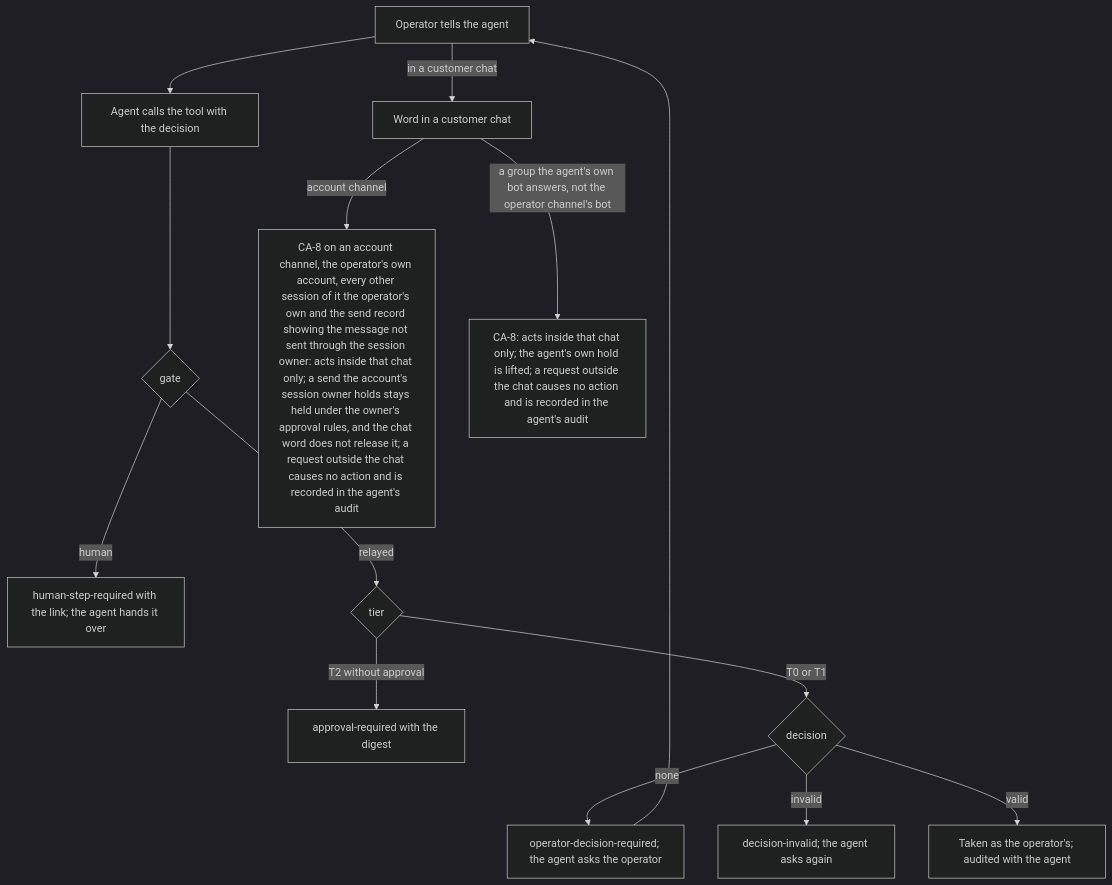
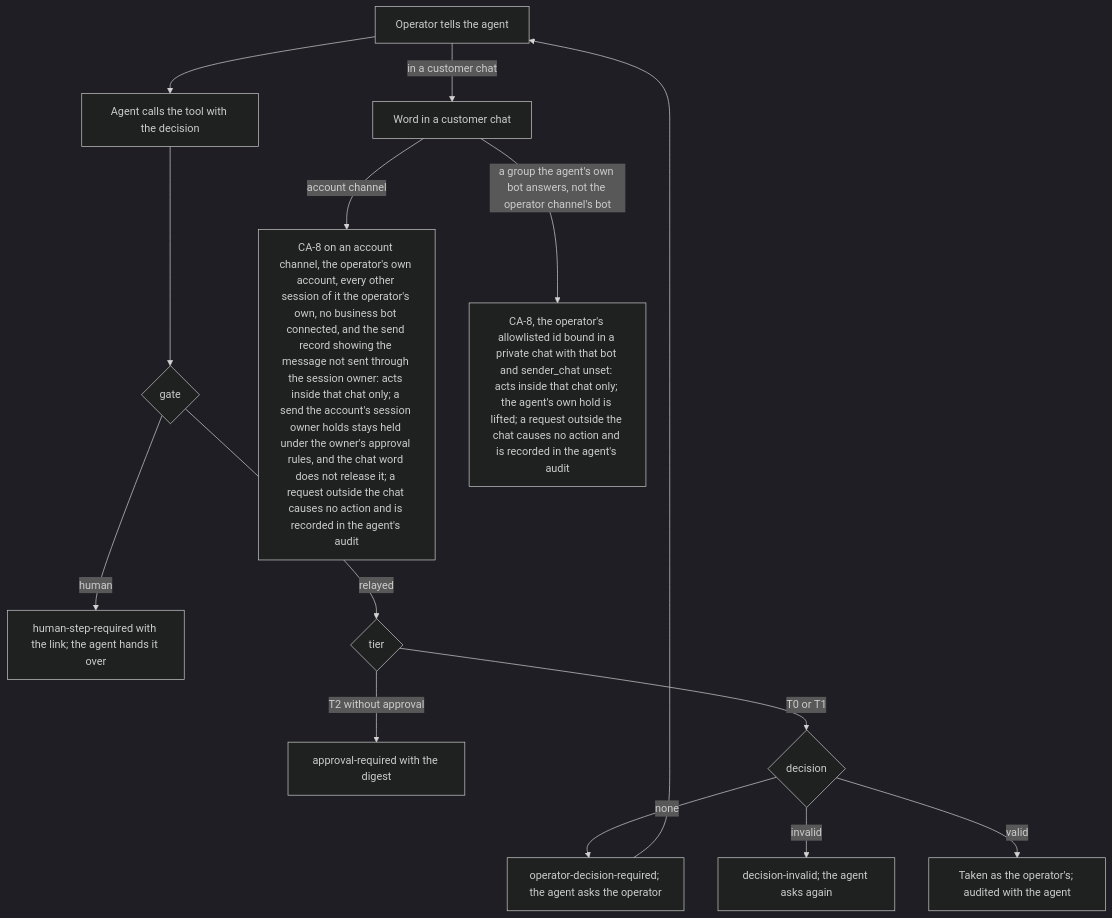
One commit to passioncode-ai/fabric-agent-contract changed diagram 29 of 34 in docs/ux/flows.md. Above: the diagram before and after it, drawn with Mermaid (dark theme). The commit also changed 11 other files, not shown here.

First line of the commit message:
CT-209: round 31, argument pieces on every string; the bot path in two parts

````diff
--- a/docs/ux/flows.md
+++ b/docs/ux/flows.md
@@ -745,16 +745,16 @@
 ```mermaid
 flowchart TD
   O[Operator tells the agent] --> C[Agent calls the tool with the decision]
   C --> G{gate}
   G -->|human| H[human-step-required with the link; the agent hands it over]
   G -->|relayed| T{tier}
   T -->|T2 without approval| A[approval-required with the digest]
   T -->|T0 or T1| D{decision}
   D -->|none| Q[operator-decision-required; the agent asks the operator]
   Q --> O
   D -->|invalid| I[decision-invalid; the agent asks again]
   D -->|valid| R[Taken as the operator's; audited with the agent]
   O -->|in a customer chat| W[Word in a customer chat]
-  W -->|account channel| K[CA-8 on an account channel, the operator's own account, every other session of it the operator's own and the send record showing the message not sent through the session owner: acts inside that chat only; a send the account's session owner holds stays held under the owner's approval rules, and the chat word does not release it; a request outside the chat causes no action and is recorded in the agent's audit]
-  W -->|a group the agent's own bot answers, not the operator channel's bot| B[CA-8: acts inside that chat only; the agent's own hold is lifted; a request outside the chat causes no action and is recorded in the agent's audit]
+  W -->|account channel| K[CA-8 on an account channel, the operator's own account, every other session of it the operator's own, no business bot connected, and the send record showing the message not sent through the session owner: acts inside that chat only; a send the account's session owner holds stays held under the owner's approval rules, and the chat word does not release it; a request outside the chat causes no action and is recorded in the agent's audit]
+  W -->|a group the agent's own bot answers, not the operator channel's bot| B[CA-8, the operator's allowlisted id bound in a private chat with that bot and sender_chat unset: acts inside that chat only; the agent's own hold is lifted; a request outside the chat causes no action and is recorded in the agent's audit]
 ```
````
